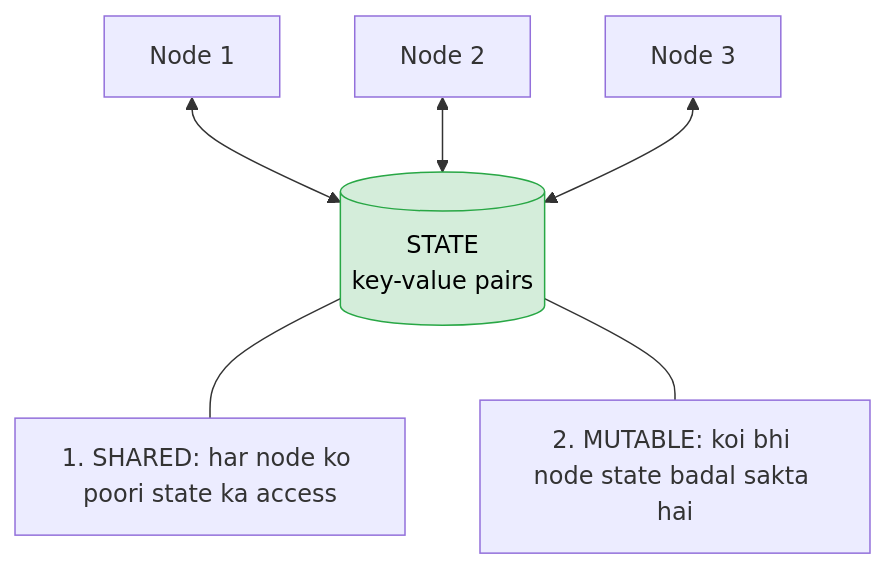
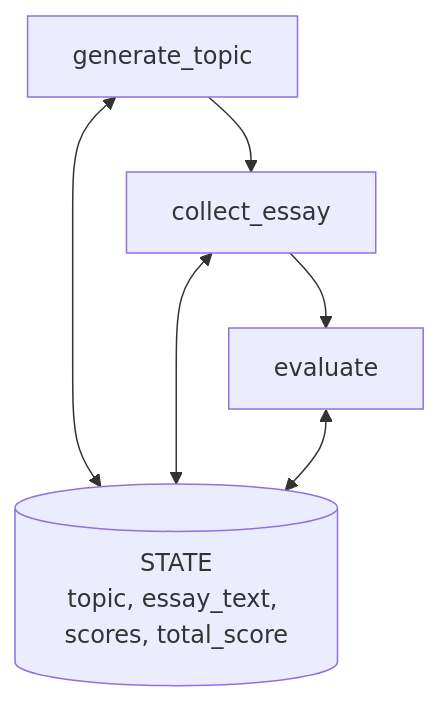
One commit to pallav2712/langGraph-campusx-notes changed diagram 11 of 18 in V04-LangGraph core concepts/README.md. Above: the diagram before and after it, drawn with Mermaid. The commit also changed other lines of this file, not shown here.

Commit message:
v04 langGraph core concepts updated graphs and notes balanced

````diff
--- a/V04-LangGraph core concepts/README.md
+++ b/V04-LangGraph core concepts/README.md
@@ -376,10 +365,8 @@
 ```mermaid
 flowchart TB
-    ST[("STATE<br/>key-value pairs")]
-    N1["Node 1"] <--> ST
-    N2["Node 2"] <--> ST
-    N3["Node 3"] <--> ST
-    ST --- P1["1. SHARED: har node ko poori state ka access"]
-    ST --- P2["2. MUTABLE: koi bhi node state badal sakta hai"]
-    style ST fill:#d4edda,stroke:#28a745,color:#000
+    ST[("STATE<br/>topic, essay_text, scores, total_score")]
+    N1["generate_topic"] <--> ST
+    N2["collect_essay"] <--> ST
+    N3["evaluate"] <--> ST
+    N1 --> N2 --> N3
 ```
````
